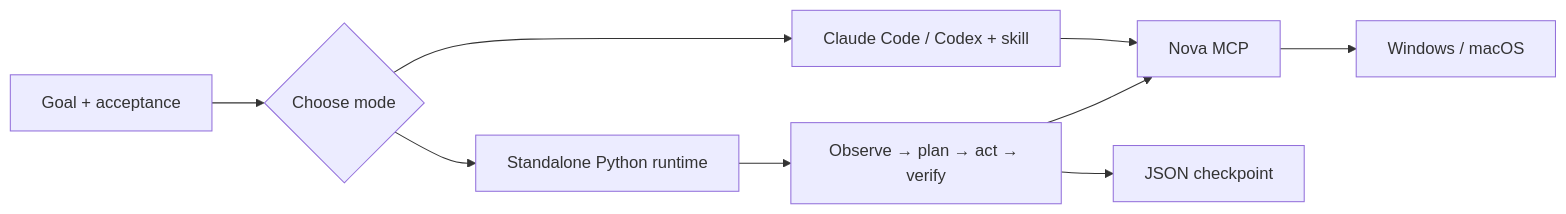
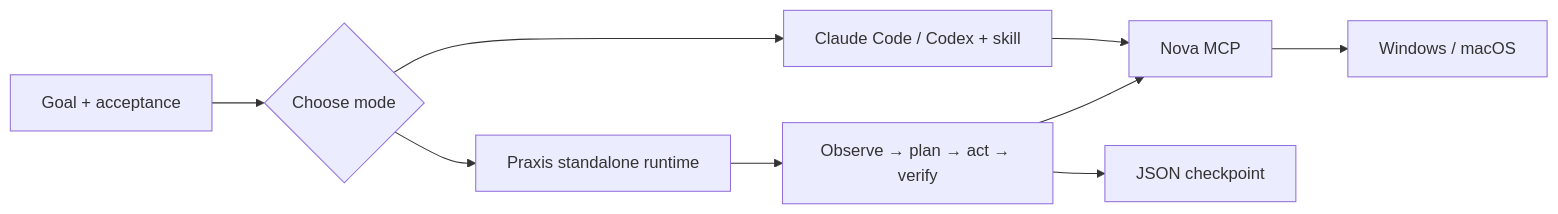
The third of 3 diagrams in README.md (xiangguangxin/OpenAS), drawn with Mermaid before and after one commit. The commit also changed other lines of this file and 47 other files, not shown here.

Commit message:
refactor: extract standalone agent runtime to Praxis

````diff
--- a/README.md
+++ b/README.md
@@ -244,11 +244,11 @@
 ```mermaid
 flowchart LR
     G["Goal + acceptance"] --> M{"Choose mode"}
     M --> S["Claude Code / Codex + skill"]
-    M --> R["Standalone Python runtime"]
+    M --> R["Praxis standalone runtime"]
     S --> N["Nova MCP"]
     R --> L["Observe → plan → act → verify"]
     L --> N
     L --> C["JSON checkpoint"]
     N --> D["Windows / macOS"]
 ```
````
